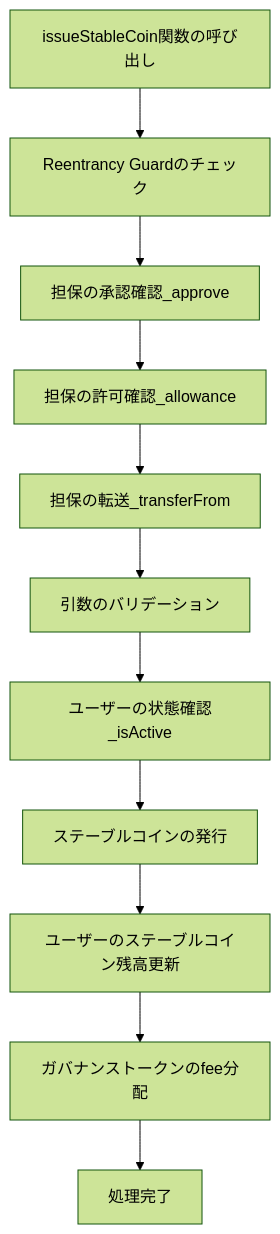
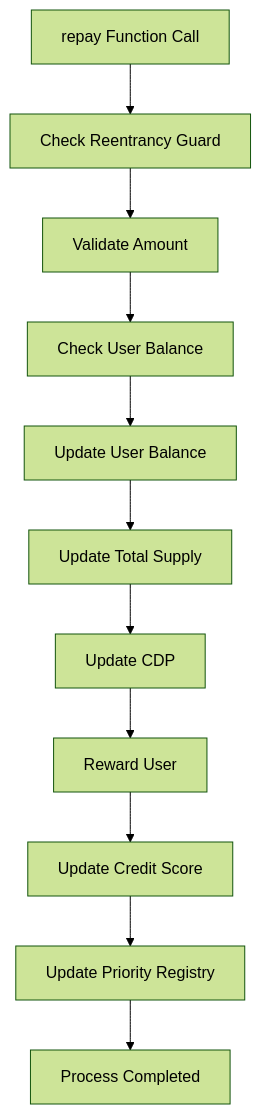
The fourth of 17 diagrams in docs/uml.md (ecdysisxyz/StableCredit), drawn with Mermaid (forest theme) before and after one commit. The commit also changed other lines of this file and 5 other files, not shown here.

````diff
--- a/docs/uml.md
+++ b/docs/uml.md
@@ -74,13 +104,13 @@
 ```mermaid
 flowchart TD
-    A[issueStableCoin関数の呼び出し] --> B[Reentrancy Guardのチェック]
-    B --> C[担保の承認確認_approve]
-    C --> D[担保の許可確認_allowance]
-    D --> E[担保の転送_transferFrom]
-    E --> F[引数のバリデーション]
-    F --> G[ユーザーの状態確認_isActive]
-    G --> H[ステーブルコインの発行]
-    H --> I[ユーザーのステーブルコイン残高更新]
-    I --> J[ガバナンストークンのfee分配]
-    J --> K[処理完了]
+    A[repay Function Call] --> B[Check Reentrancy Guard]
+    B --> C[Validate Amount]
+    C --> D[Check User Balance]
+    D --> E[Update User Balance]
+    E --> F[Update Total Supply]
+    F --> G[Update CDP]
+    G --> H[Reward User]
+    H --> I[Update Credit Score]
+    I --> J[Update Priority Registry]
+    J --> K[Process Completed]
 ```
````
